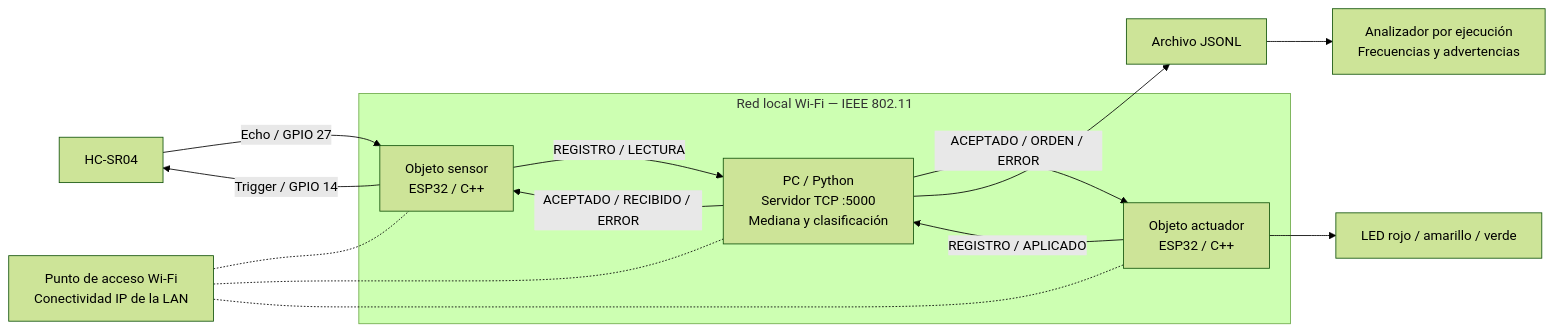
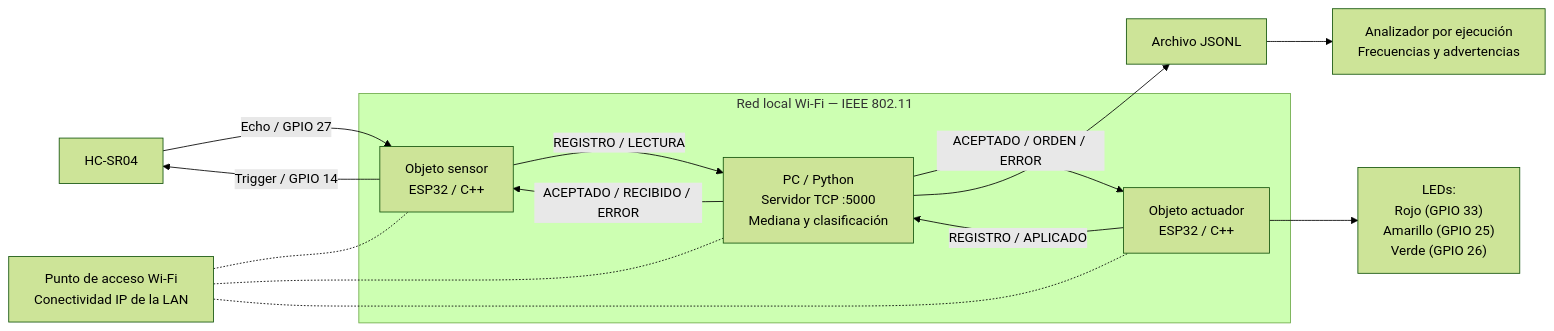
Before and after one commit to Sam-J-R/IoT_practica_2: the first of 5 diagrams in INFORME_TECNICO.md, drawn with Mermaid (forest theme). The commit also changed other lines of this file and 7 other files, not shown here.

````diff
--- a/INFORME_TECNICO.md
+++ b/INFORME_TECNICO.md
@@ -100,17 +113,17 @@
 ```mermaid
 flowchart LR
     H["HC-SR04"] -->|"Echo / GPIO 27"| S["Objeto sensor<br/>ESP32 / C++"]
     S -->|"Trigger / GPIO 14"| H
     subgraph LAN["Red local Wi-Fi — IEEE 802.11"]
         S -->|"REGISTRO / LECTURA"| P["PC / Python<br/>Servidor TCP :5000<br/>Mediana y clasificación"]
         P -->|"ACEPTADO / RECIBIDO / ERROR"| S
         A["Objeto actuador<br/>ESP32 / C++"] -->|"REGISTRO / APLICADO"| P
         P -->|"ACEPTADO / ORDEN / ERROR"| A
     end
     W["Punto de acceso Wi-Fi<br/>Conectividad IP de la LAN"] -.- S
     W -.- P
     W -.- A
-    A --> L["LED rojo / amarillo / verde"]
+    A --> L["LEDs:<br/>Rojo (GPIO 33)<br/>Amarillo (GPIO 25)<br/>Verde (GPIO 26)"]
     P --> J["Archivo JSONL"]
     J --> X["Analizador por ejecución<br/>Frecuencias y advertencias"]
 ```
````
